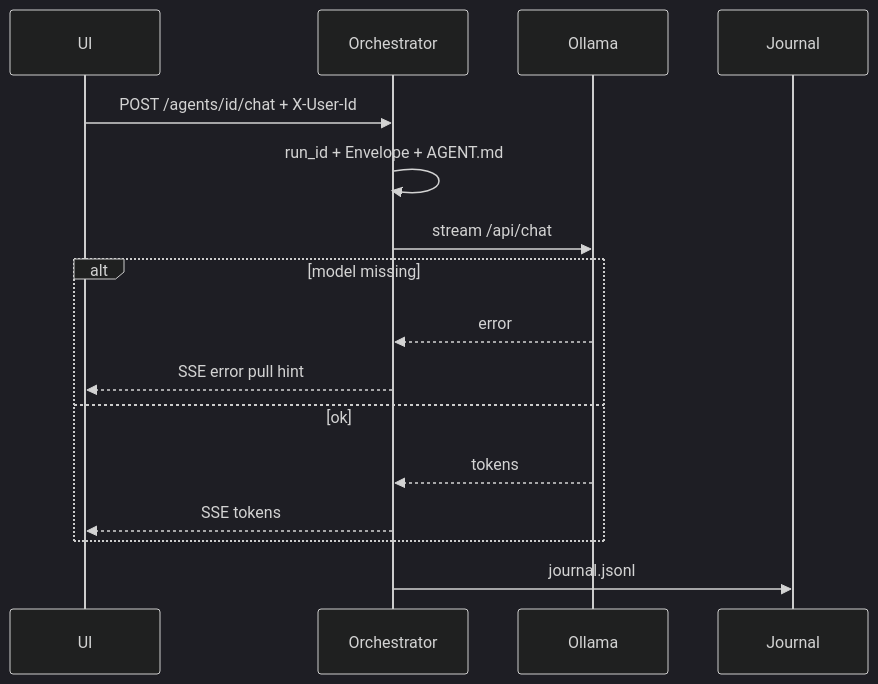
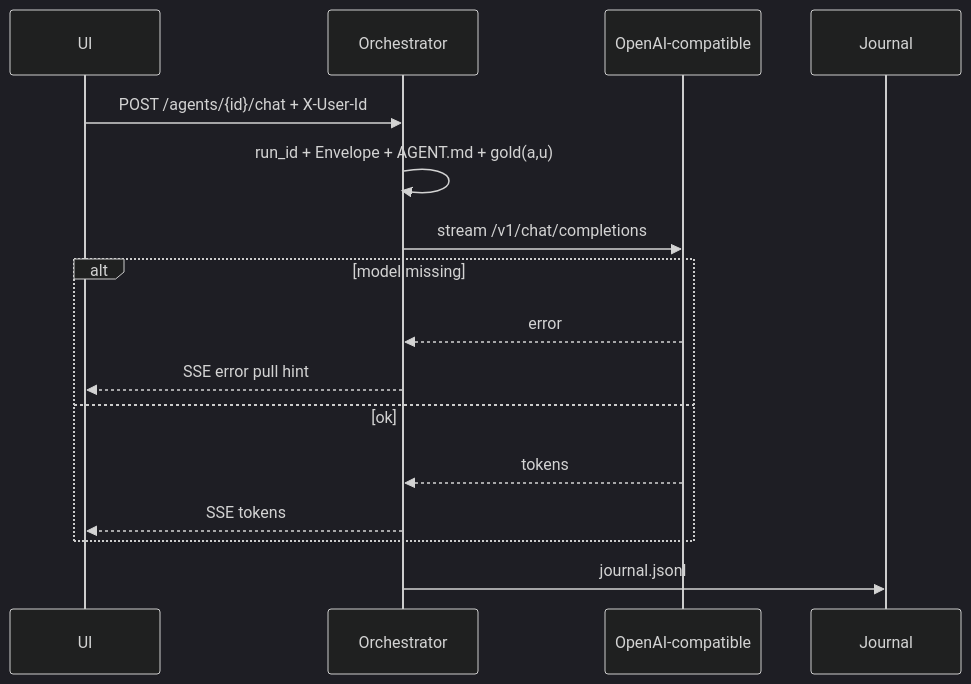
Before and after one commit to abhishekjasani/AgentAnyStack: the first of 6 diagrams in docs/architecture/11_CHAT.md, drawn with Mermaid (dark theme). The commit also changed other lines of this file and 19 other files, not shown here.

First line of the commit message:
feat: add gold notepad functionality for per-user notes

````diff
--- a/docs/architecture/11_CHAT.md
+++ b/docs/architecture/11_CHAT.md
@@ -5,19 +33,19 @@
 ```mermaid
 sequenceDiagram
     participant UI
     participant ORC as Orchestrator
-    participant OL as Ollama
+    participant OL as OpenAI-compatible
     participant J as Journal
 
-    UI->>ORC: POST /agents/id/chat + X-User-Id
-    ORC->>ORC: run_id + Envelope + AGENT.md
-    ORC->>OL: stream /api/chat
+    UI->>ORC: POST /agents/{id}/chat + X-User-Id
+    ORC->>ORC: run_id + Envelope + AGENT.md + gold(a,u)
+    ORC->>OL: stream /v1/chat/completions
     alt model missing
         OL-->>ORC: error
         ORC-->>UI: SSE error pull hint
     else ok
         OL-->>ORC: tokens
         ORC-->>UI: SSE tokens
     end
     ORC->>J: journal.jsonl
 ```
````
